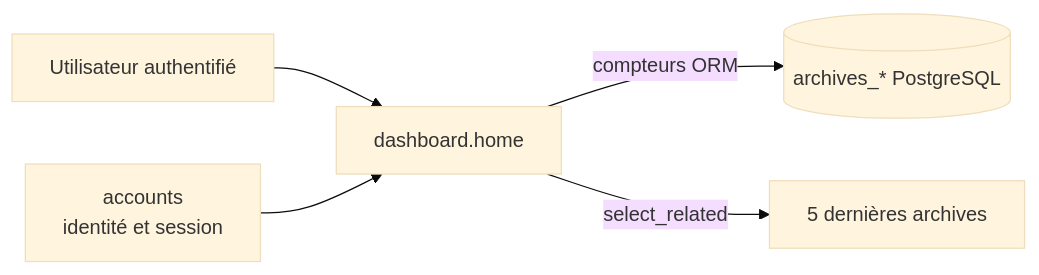
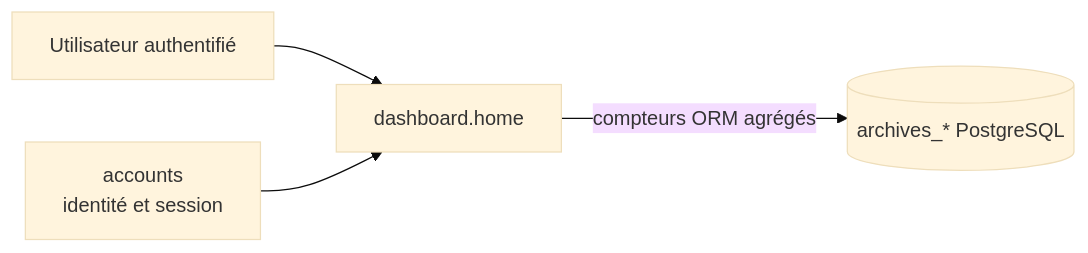
Before and after one commit to eulogep/c-tech-archives: the fourth of 4 diagrams in docs/architecture.md, drawn with Mermaid (base theme). The commit also changed other lines of this file and 9 other files, not shown here.

````diff
--- a/docs/architecture.md
+++ b/docs/architecture.md
@@ -122,7 +122,6 @@
 ```mermaid
 flowchart LR
     User[Utilisateur authentifié] --> Dashboard[dashboard.home]
-    Dashboard -->|compteurs ORM| Archives[(archives_* PostgreSQL)]
-    Dashboard -->|select_related| Recent[5 dernières archives]
+    Dashboard -->|compteurs ORM agrégés| Archives[(archives_* PostgreSQL)]
     Accounts[accounts\nidentité et session] --> Dashboard
 ```
````
